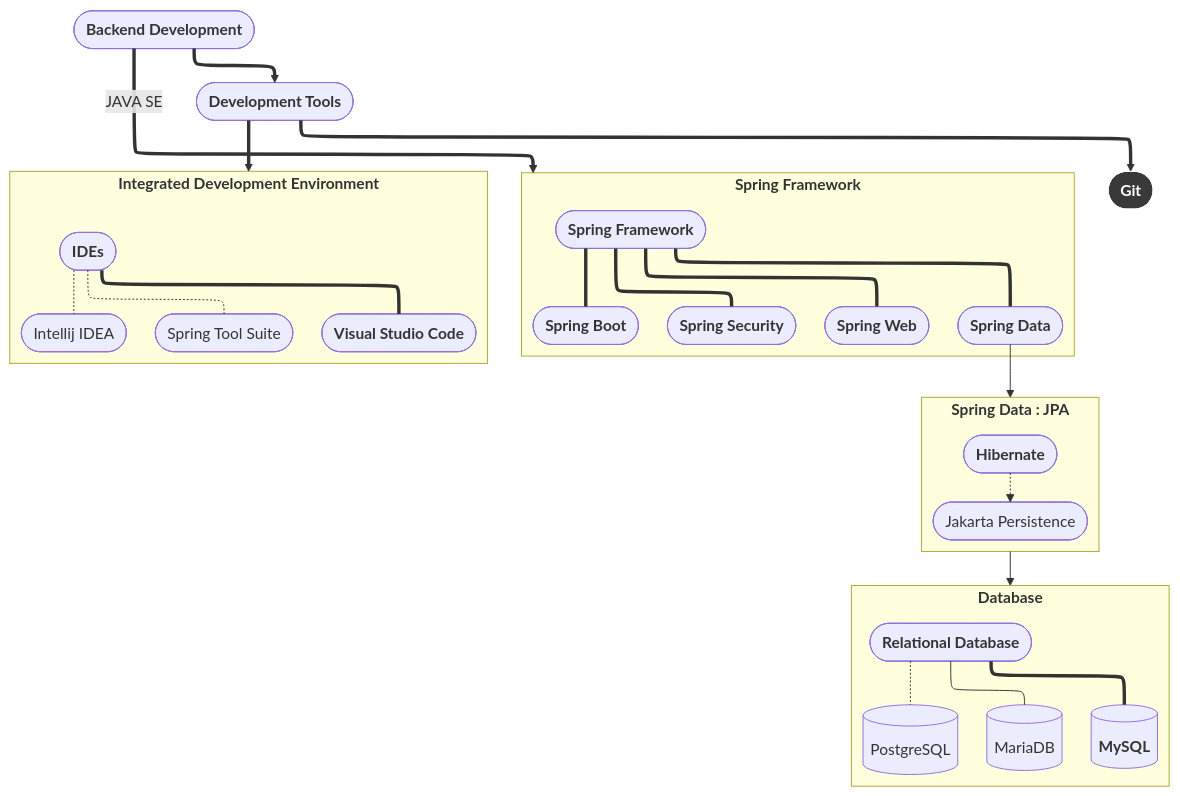
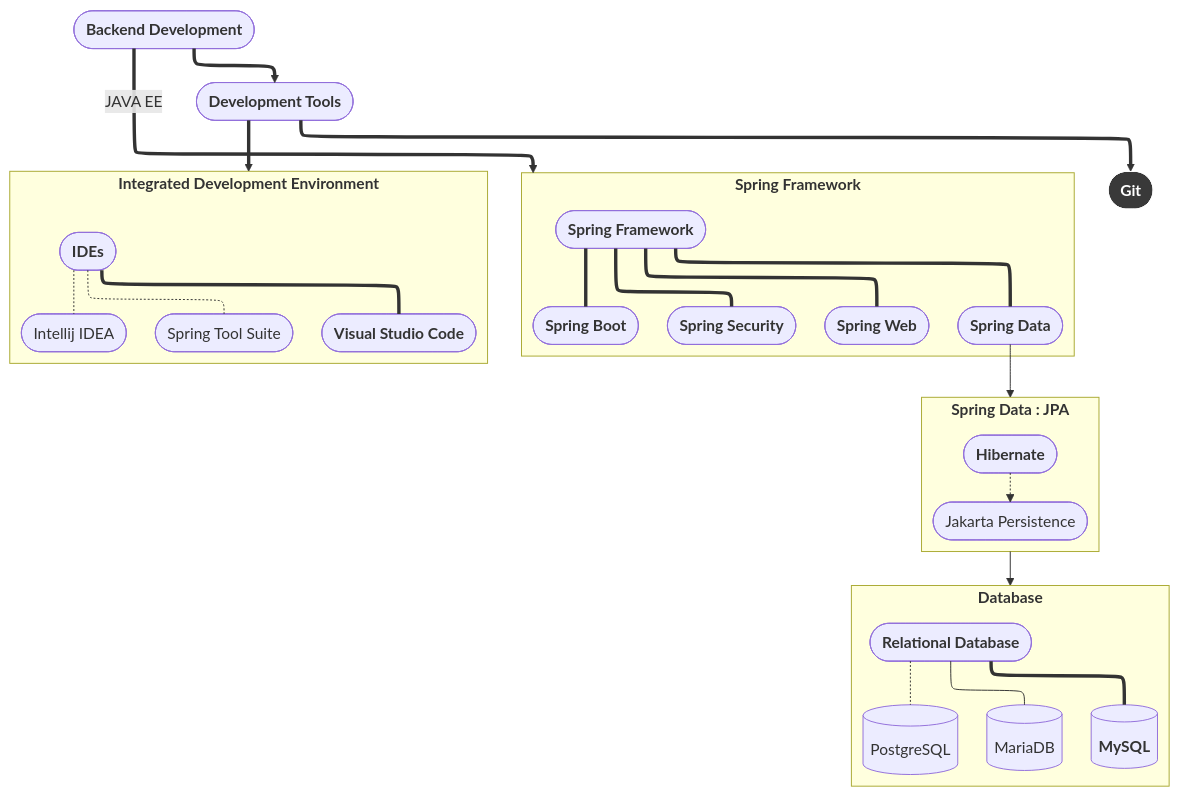
One commit to jairlucasbe/jairlucasbe changed the diagram in README.md. Above: the diagram before and after it, drawn with Mermaid.

````diff
--- a/README.md
+++ b/README.md
@@ -97,43 +97,43 @@
 ```mermaid
 %%{init: {"flowchart": {"defaultRenderer": "elk"}} }%%
 flowchart TB
 	subgraph spring["`**Spring Framework**`"]
 		direction TB
 		spring-framework(["`**Spring Framework**`"])
 		spring-framework === spring-data(["`**Spring Data**`"])
 		spring-framework === spring-security(["`**Spring Security**`"])
 		spring-framework === spring-boot(["`**Spring Boot**`"])
 		spring-framework === spring-web(["`**Spring Web**`"])
 	end
 	
 	subgraph spring_data_jpa["`**Spring Data : JPA**`"]
 		direction LR
 		hibernate(["`**Hibernate**  `"]) -.-> jakarta_persistence(["`Jakarta Persistence`"])
 	end
 
 	subgraph database["`**Database**`"]
 		direction TB
 		relational_database(["`**Relational Database**`"])
 		relational_database --- mariadb[(MariaDB)]
 		relational_database === mysql[("`**MySQL**`")]
 		relational_database -.- postgresql[(PostgreSQL)]
 	end
 	
 	subgraph integrante_development_environment["`**Integrated Development Environment**`"]
 		direction TB
 		ides(["`**IDEs**`"])
 		ides -.- spring_tool_suite([Spring Tool Suite])
 		ides === visual_studio_code(["`**Visual Studio Code**`"])
 		ides -.- intellij_idea([Intellij IDEA])
 	end
 
 	development_tools(["`**Development Tools**`"])
 	backend_development(["`**Backend Development**`"])	
 	backend_development ==> development_tools
-	backend_development == JAVA SE ==> spring
+	backend_development == JAVA EE ==> spring
 	development_tools ==> integrante_development_environment
 	development_tools ==> git(["`**Git**`"]):::gitclass
 	classDef gitclass stroke:#FFF, fill:#393939, color:#FFF
 	spring-data --> spring_data_jpa
 	spring_data_jpa --> database
 ```
````
